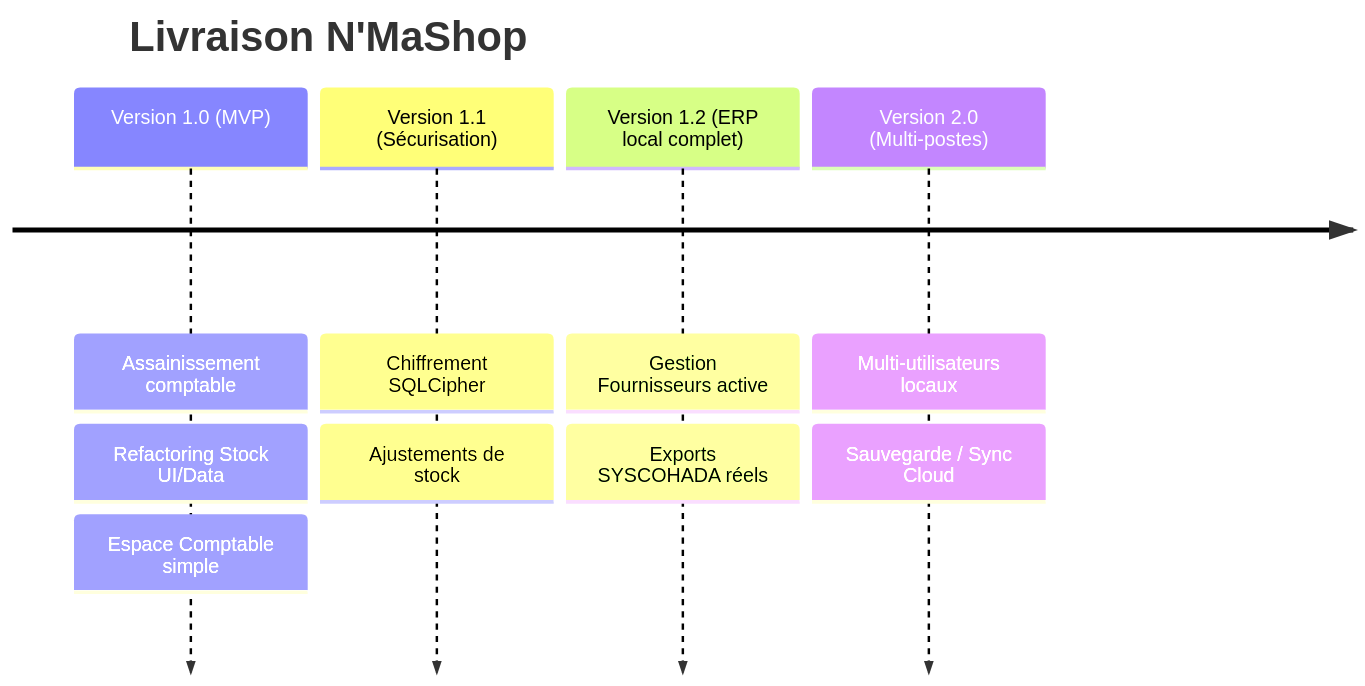
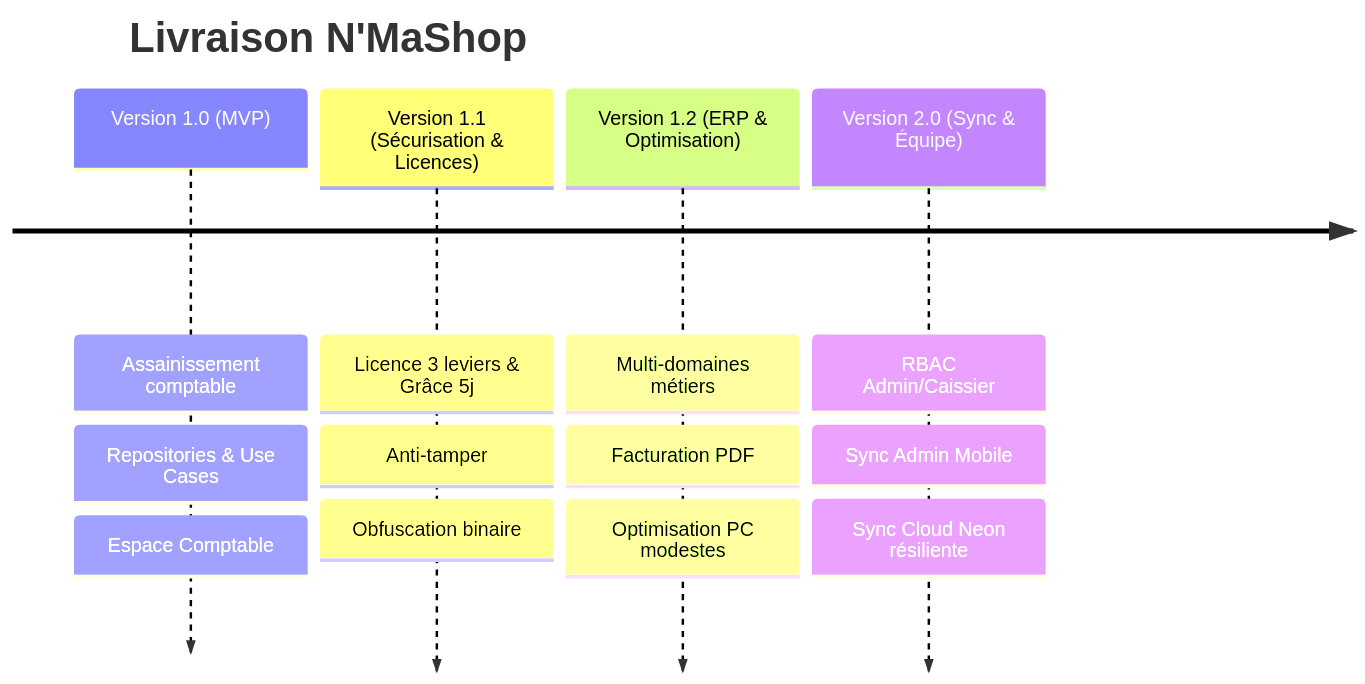
One commit to thioyehassimiou-source/N-MA-SHOP changed the diagram in docs/audit/03-roadmap.md. Above: the diagram before and after it, drawn with Mermaid. The commit also changed other lines of this file and 50 other files, not shown here.

Commit message:
feat: durcissement sécurité licence 3 leviers, délai de grâce 5j, optimisations PC modestes, numéro officiel 624193069 et audit complet

````diff
--- a/docs/audit/03-roadmap.md
+++ b/docs/audit/03-roadmap.md
@@ -11,8 +11,8 @@
 ```mermaid
 timeline
     title Livraison N'MaShop
-    Version 1.0 (MVP) : Assainissement comptable : Refactoring Stock UI/Data : Espace Comptable simple
-    Version 1.1 (Sécurisation) : Chiffrement SQLCipher : Ajustements de stock
-    Version 1.2 (ERP local complet) : Gestion Fournisseurs active : Exports SYSCOHADA réels
-    Version 2.0 (Multi-postes) : Multi-utilisateurs locaux : Sauvegarde / Sync Cloud
+    Version 1.0 (MVP) : Assainissement comptable : Repositories & Use Cases : Espace Comptable
+    Version 1.1 (Sécurisation & Licences) : Licence 3 leviers & Grâce 5j : Anti-tamper : Obfuscation binaire
+    Version 1.2 (ERP & Optimisation) : Multi-domaines métiers : Facturation PDF : Optimisation PC modestes
+    Version 2.0 (Sync & Équipe) : RBAC Admin/Caissier : Sync Admin Mobile : Sync Cloud Neon résiliente
 ```
````
